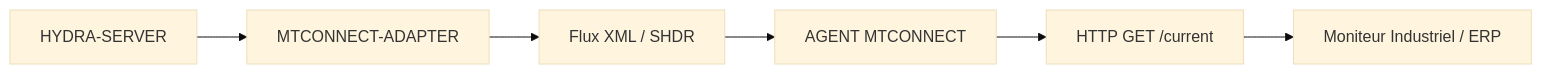
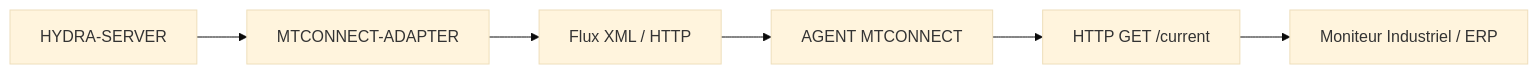
Before and after one commit to JuanenRac/HYDRA-UMC-MTCONNECT-ADAPTER: the diagram in README_fra.md, drawn with Mermaid (base theme). The commit also changed other lines of this file and 10 other files, not shown here.

````diff
--- a/README_fra.md
+++ b/README_fra.md
@@ -37,8 +37,8 @@
 ```mermaid
 flowchart LR
     HYDRA["HYDRA-SERVER"] --> ADAP["MTCONNECT-ADAPTER"]
-    ADAP --> XML["Flux XML / SHDR"]
+    ADAP --> XML["Flux XML / HTTP"]
     XML --> AGENT["AGENT MTCONNECT"]
     AGENT --> HTTP["HTTP GET /current"]
     HTTP --> MONITOR["Moniteur Industriel / ERP"]
 ```
````
